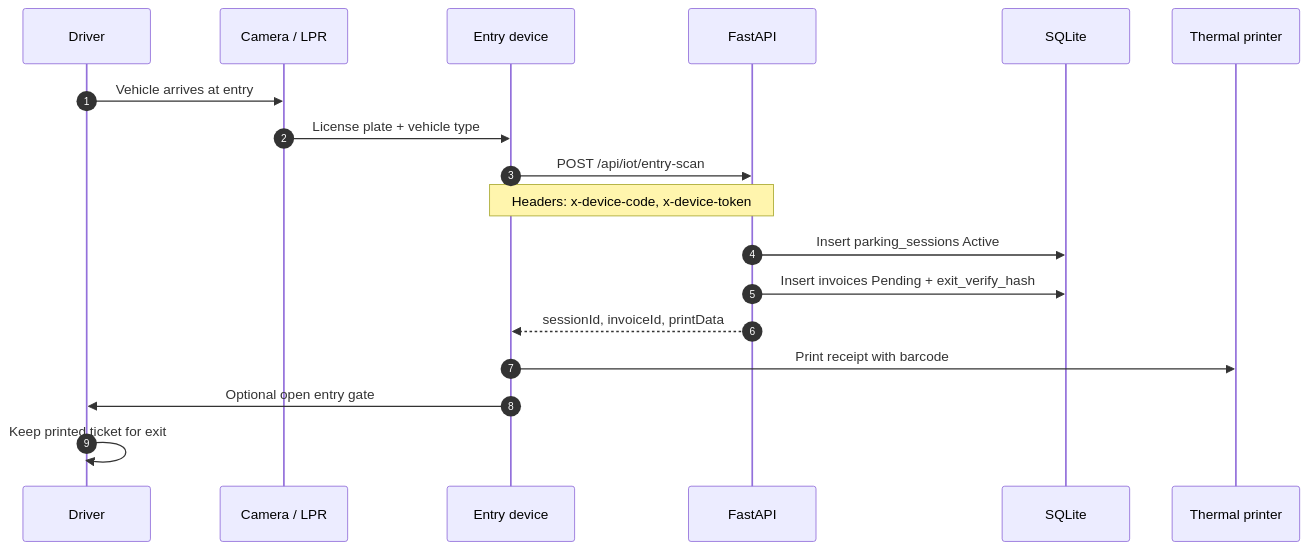
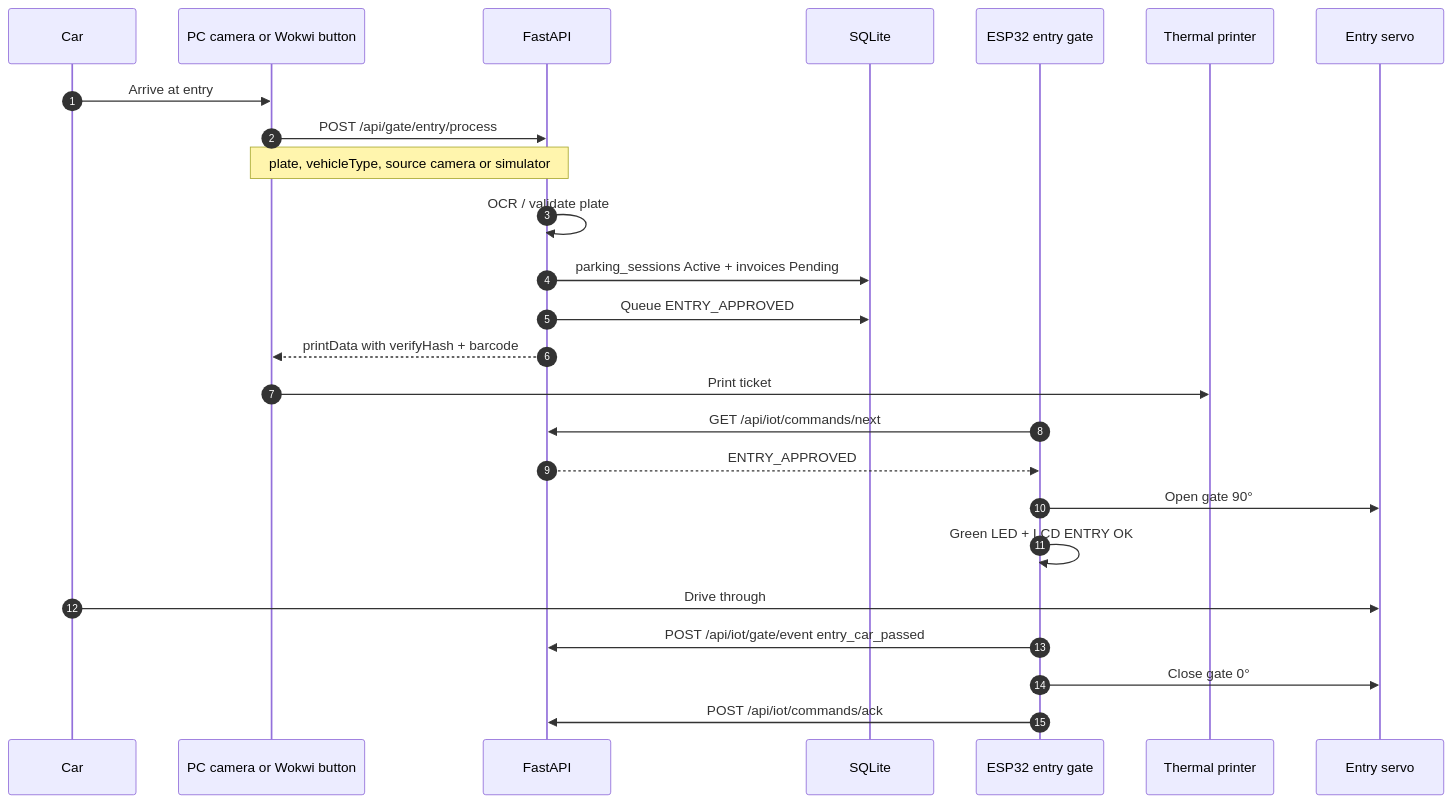
The second of 4 diagrams in README.md (Kimheang-code-IT/IOT-Parking-system), drawn with Mermaid before and after one commit. The commit also changed other lines of this file and 17 other files, not shown here.

````diff
--- a/README.md
+++ b/README.md
@@ -181,23 +182,31 @@
 ```mermaid
 sequenceDiagram
     autonumber
-    participant Driver
-    participant Cam as Camera / LPR
-    participant Dev as Entry device
+    participant Car
+    participant Cam as PC camera or Wokwi button
     participant API as FastAPI
     participant DB as SQLite
+    participant ESP as ESP32 entry gate
     participant Prt as Thermal printer
+    participant S as Entry servo
 
-    Driver->>Cam: Vehicle arrives at entry
-    Cam->>Dev: License plate + vehicle type
-    Dev->>API: POST /api/iot/entry-scan
-    Note over Dev,API: Headers: x-device-code, x-device-token
+    Car->>Cam: Arrive at entry
+    Cam->>API: POST /api/gate/entry/process
+    Note over Cam,API: plate, vehicleType, source camera or simulator
 
-    API->>DB: Insert parking_sessions Active
-    API->>DB: Insert invoices Pending + exit_verify_hash
-    API-->>Dev: sessionId, invoiceId, printData
+    API->>API: OCR / validate plate
+    API->>DB: parking_sessions Active + invoices Pending
+    API->>DB: Queue ENTRY_APPROVED
+    API-->>Cam: printData with verifyHash + barcode
 
-    Dev->>Prt: Print receipt with barcode
-    Dev->>Driver: Optional open entry gate
-    Driver->>Driver: Keep printed ticket for exit
+    Cam->>Prt: Print ticket
+    ESP->>API: GET /api/iot/commands/next
+    API-->>ESP: ENTRY_APPROVED
+    ESP->>S: Open gate 90°
+    ESP->>ESP: Green LED + LCD ENTRY OK
+
+    Car->>S: Drive through
+    ESP->>API: POST /api/iot/gate/event entry_car_passed
+    ESP->>S: Close gate 0°
+    ESP->>API: POST /api/iot/commands/ack
 ```
````
